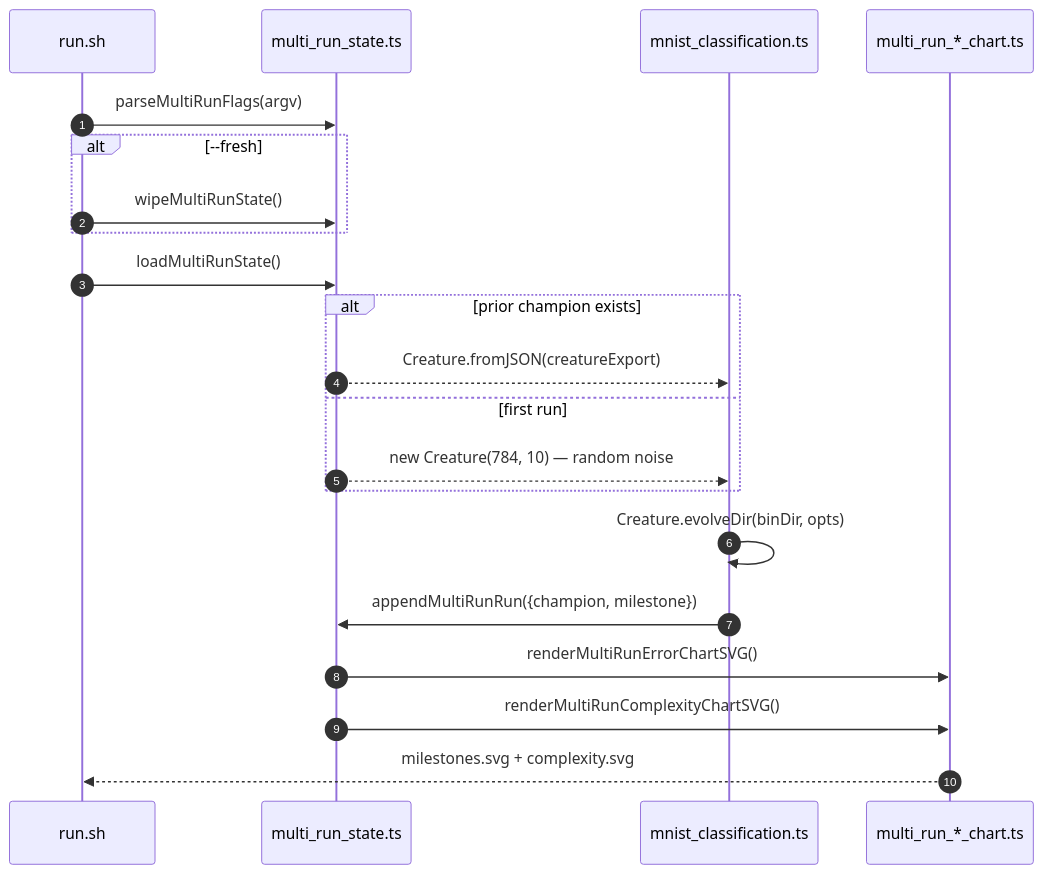
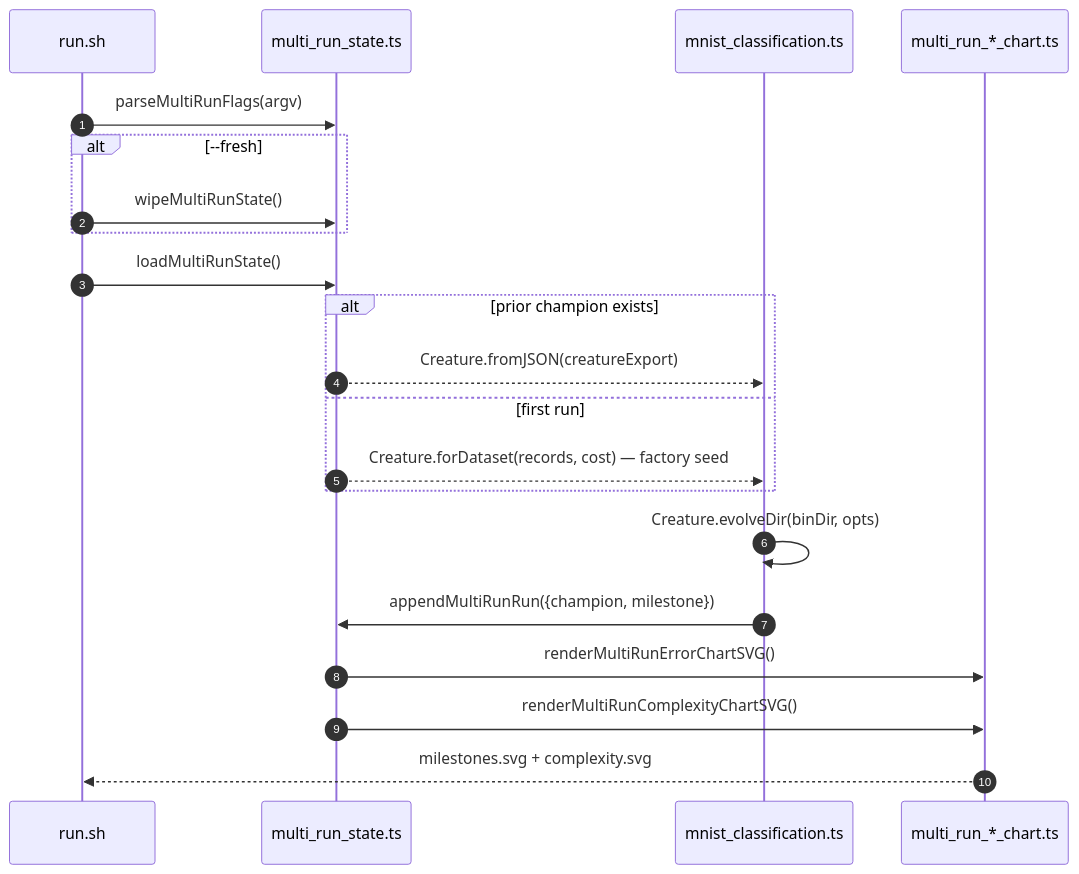
Before and after one commit to stSoftwareAU/NEAT-AI-Examples: the second of 2 diagrams in mnist_classification/README.md, drawn with Mermaid. The commit also changed other lines of this file and 10 other files, not shown here.

First line of the commit message:
MNIST: build the initial creature via the NEAT-AI factory (Issue #518)

````diff
--- a/mnist_classification/README.md
+++ b/mnist_classification/README.md
@@ -241,23 +267,23 @@
 ```mermaid
 sequenceDiagram
     autonumber
     participant CLI as run.sh
     participant State as multi_run_state.ts
     participant MNIST as mnist_classification.ts
     participant Charts as multi_run_*_chart.ts
     CLI->>State: parseMultiRunFlags(argv)
     alt --fresh
         CLI->>State: wipeMultiRunState()
     end
     CLI->>State: loadMultiRunState()
     alt prior champion exists
         State-->>MNIST: Creature.fromJSON(creatureExport)
     else first run
-        State-->>MNIST: new Creature(784, 10) — random noise
+        State-->>MNIST: Creature.forDataset(records, cost) — factory seed
     end
     MNIST->>MNIST: Creature.evolveDir(binDir, opts)
     MNIST->>State: appendMultiRunRun({champion, milestone})
     State->>Charts: renderMultiRunErrorChartSVG()
     State->>Charts: renderMultiRunComplexityChartSVG()
     Charts-->>CLI: milestones.svg + complexity.svg
 ```
````
